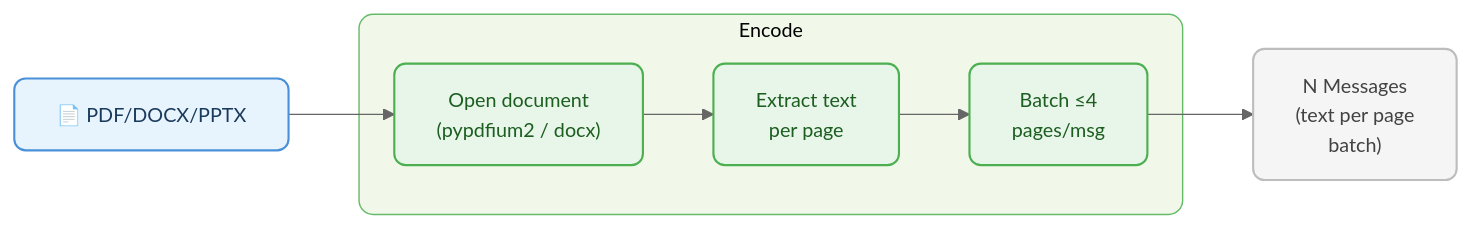
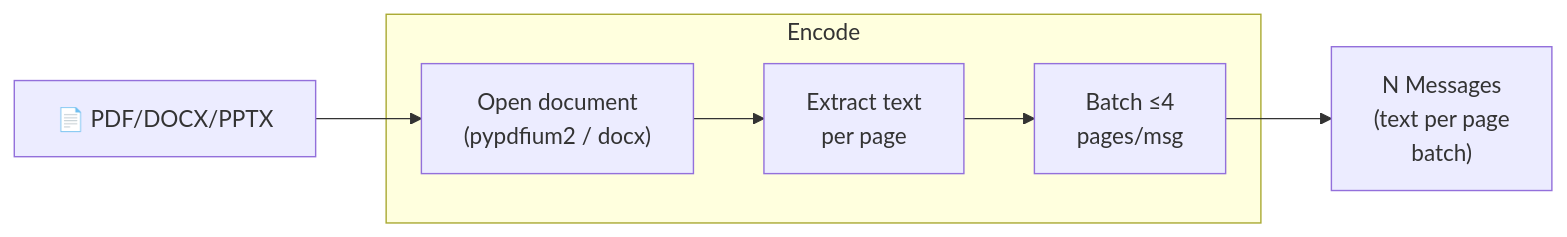
One commit to vlm-run/mm changed diagram 13 of 17 in docs/ENCODERS.md. Above: the diagram before and after it, drawn with Mermaid. The commit also changed other lines of this file and 3 other files, not shown here.

````diff
--- a/docs/ENCODERS.md
+++ b/docs/ENCODERS.md
@@ -390,21 +305,14 @@
 ```mermaid
-%%{init: {'theme': 'base', 'themeVariables': { 'fontSize': '14px', 'primaryColor': '#e8f4fd', 'primaryBorderColor': '#4a90d9', 'lineColor': '#666'}}}%%
 graph LR
-  doc["📄 PDF/DOCX/PPTX"]:::input
+  doc["📄 PDF/DOCX/PPTX"]
 
   subgraph encode ["Encode"]
-    open["Open document\n(pypdfium2 / docx)"]:::encode
-    extract["Extract text\nper page"]:::encode
-    batch["Batch ≤4\npages/msg"]:::encode
+    open["Open document\n(pypdfium2 / docx)"]
+    extract["Extract text\nper page"]
+    batch["Batch ≤4\npages/msg"]
   end
 
-  msgs["N Messages\n(text per page\nbatch)"]:::output
+  msgs["N Messages\n(text per page\nbatch)"]
 
   doc --> open --> extract --> batch --> msgs
-
-  classDef input fill:#e8f4fd,stroke:#4a90d9,stroke-width:1.5px,color:#1a3a5c,rx:8
-  classDef encode fill:#e8f5e9,stroke:#4caf50,stroke-width:1.5px,color:#1b5e20,rx:8
-  classDef output fill:#f5f5f5,stroke:#bdbdbd,stroke-width:1.5px,color:#424242,rx:8
-
-  style encode fill:#f1f8e9,stroke:#66bb6a,stroke-width:1px,rx:10
 ```
````
